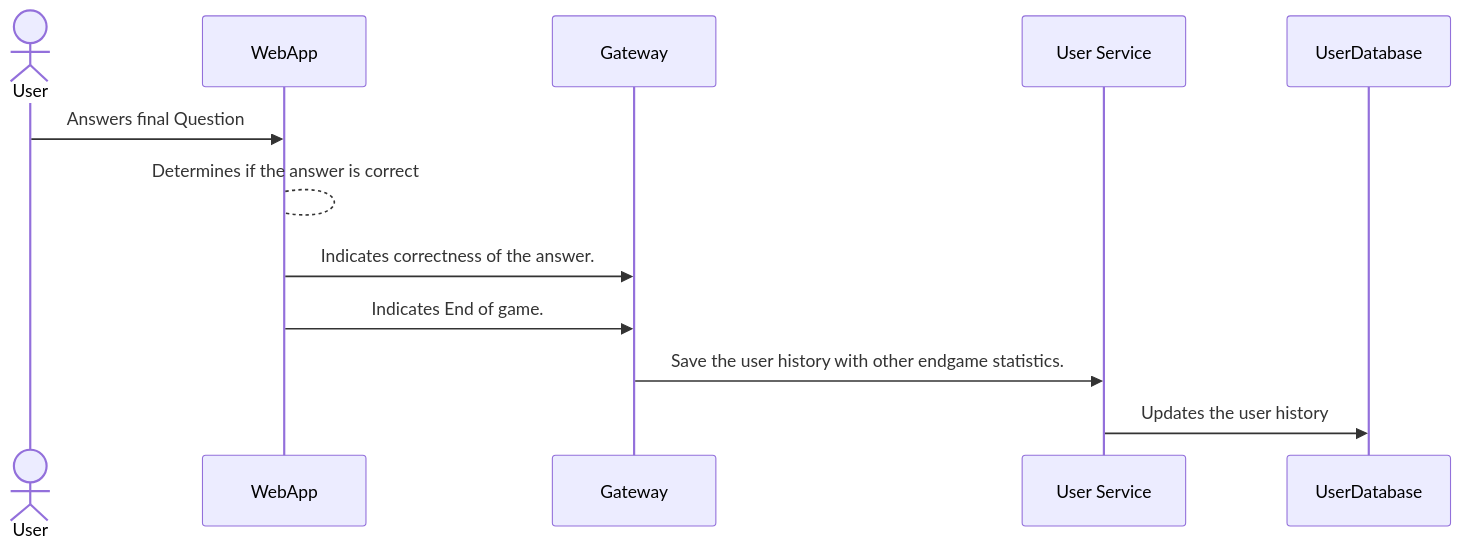
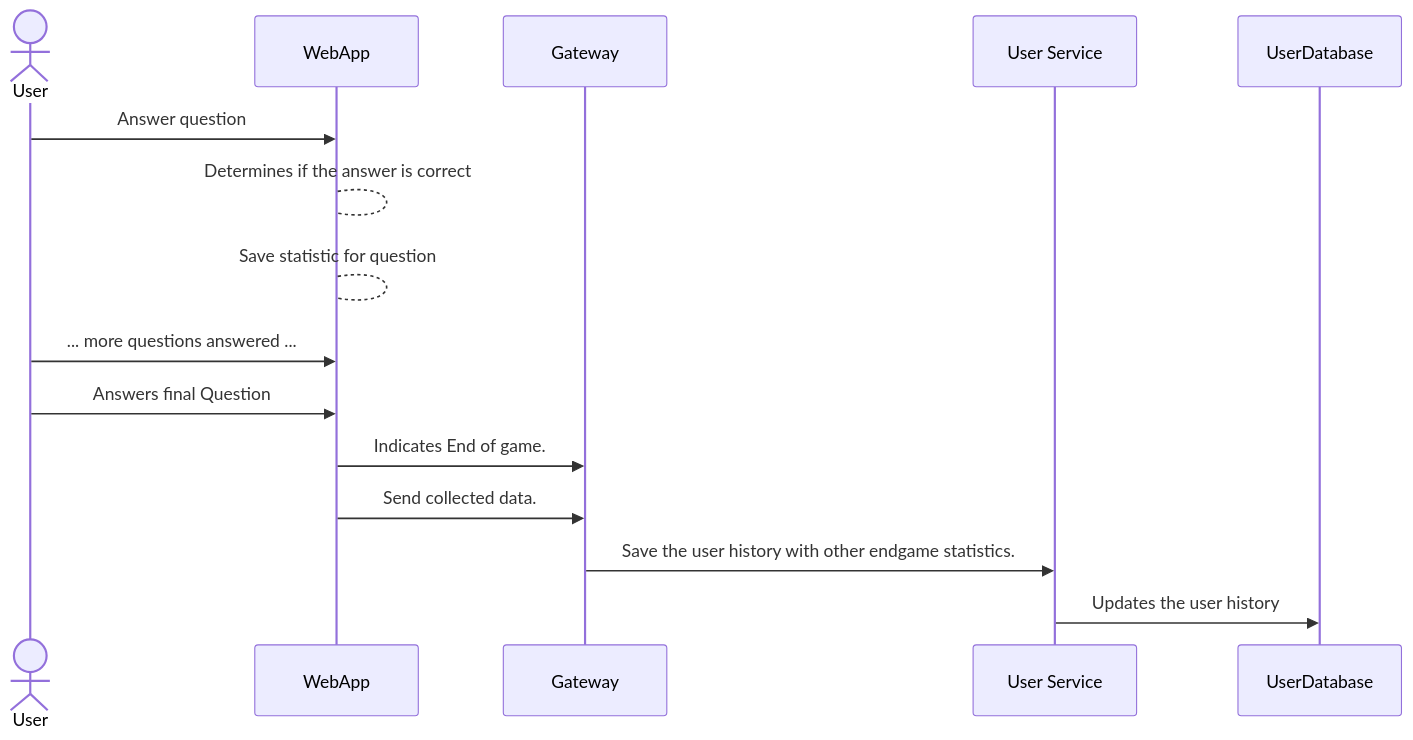
Before and after one commit to Arquisoft/wiq_en3b: the seventh of 7 diagrams in docs/src/06_runtime_view.adoc, drawn with Mermaid. The commit also changed other lines of this file and 17 other files, not shown here.

```diff
--- a/docs/src/06_runtime_view.adoc
+++ b/docs/src/06_runtime_view.adoc
@@ -223,16 +202,20 @@
 [mermaid]
 ....
 sequenceDiagram
     actor U as User
     participant FE as WebApp 
     participant BE as Gateway 
     participant HS as User Service
     participant DB as UserDatabase 
 
+    U->>FE: Answer question
+    FE-->FE: Determines if the answer is correct
+    FE-->FE: Save statistic for question
+    U->>FE: ... more questions answered ...
+    
     U->>FE: Answers final Question
-    FE-->FE: Determines if the answer is correct
-    FE->>BE: Indicates correctness of the answer.
     FE->>BE: Indicates End of game.
+    FE->>BE: Send collected data.
     BE->>HS: Save the user history with other endgame statistics.
     HS->>DB: Updates the user history
 ....
```
